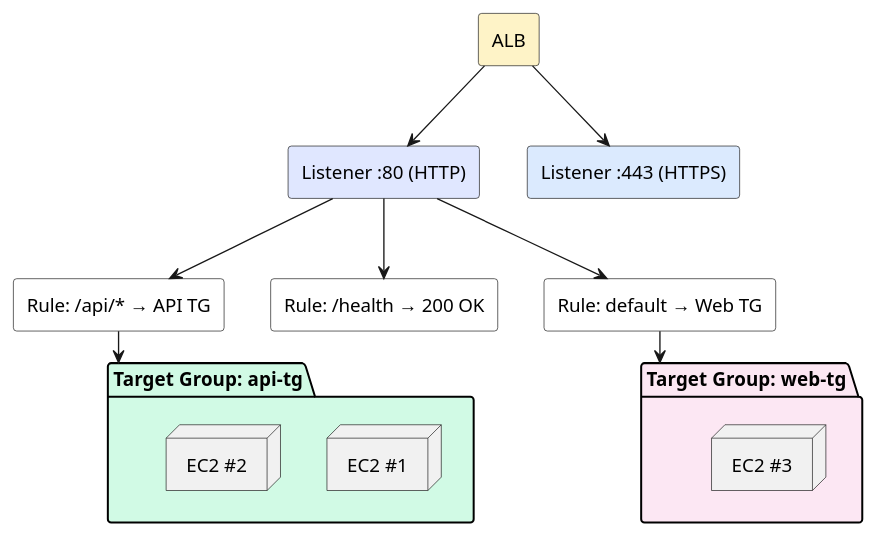
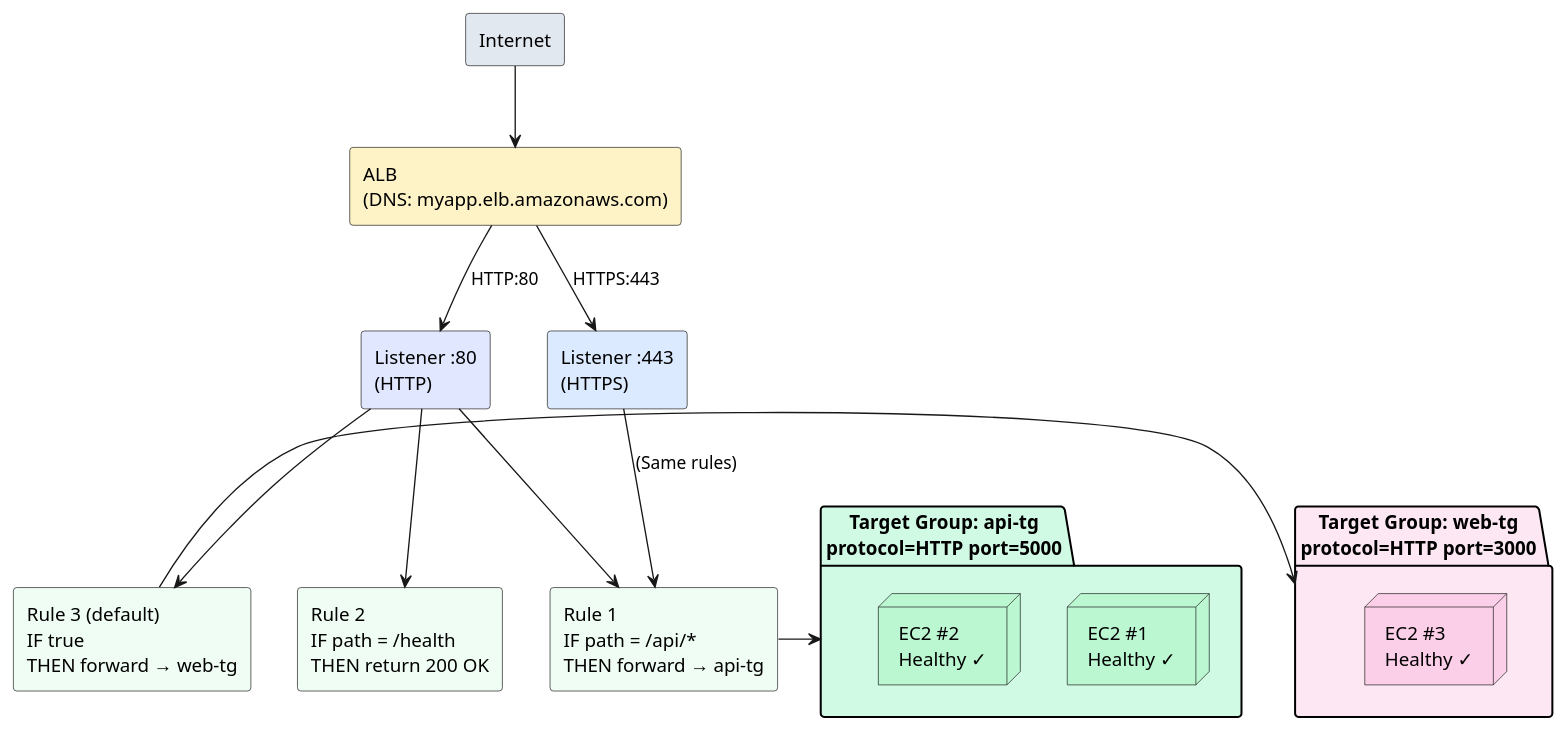
The third of 22 diagrams in content/13.aws/05.alb-asg.md (UTUBMIR/kostyl.dev), drawn with PlantUML before and after one commit. The commit also changed other lines of this file and 12 other files, not shown here.

````diff
--- a/content/13.aws/05.alb-asg.md
+++ b/content/13.aws/05.alb-asg.md
@@ -82,32 +146,39 @@
 ```plantuml
 @startuml
 skinparam style plain
 skinparam backgroundColor #ffffff
 
-rectangle "ALB" as ALB #fef3c7
+rectangle "Internet" as I #e2e8f0
 
-rectangle "Listener :80 (HTTP)" as L80 #e0e7ff
-rectangle "Listener :443 (HTTPS)" as L443 #dbeafe
+rectangle "ALB\n(DNS: myapp.elb.amazonaws.com)" as ALB #fef3c7
 
-rectangle "Rule: /api/* → API TG" as R1 #fff
-rectangle "Rule: /health → 200 OK" as R2 #fff
-rectangle "Rule: default → Web TG" as R3 #fff
+rectangle "Listener :80\n(HTTP)" as L80 #e0e7ff
+rectangle "Listener :443\n(HTTPS)" as L443 #dbeafe
 
-package "Target Group: api-tg" as APITG #d1fae5 {
-    node "EC2 #1" as A1
-    node "EC2 #2" as A2
+together {
+    rectangle "Rule 1\nIF path = /api/*\nTHEN forward → api-tg" as R1 #f0fdf4
+    rectangle "Rule 2\nIF path = /health\nTHEN return 200 OK" as R2 #f0fdf4
+    rectangle "Rule 3 (default)\nIF true\nTHEN forward → web-tg" as R3 #f0fdf4
 }
 
-package "Target Group: web-tg" as WEBTG #fce7f3 {
-    node "EC2 #3" as W1
+package "Target Group: api-tg\nprotocol=HTTP port=5000" as APITG #d1fae5 {
+    node "EC2 #1\nHealthy ✓" as A1 #bbf7d0
+    node "EC2 #2\nHealthy ✓" as A2 #bbf7d0
 }
 
-ALB -down-> L80
-ALB -down-> L443
+package "Target Group: web-tg\nprotocol=HTTP port=3000" as WEBTG #fce7f3 {
+    node "EC2 #3\nHealthy ✓" as W1 #fbcfe8
+}
+
+I --> ALB
+ALB -down-> L80 : "HTTP:80"
+ALB -down-> L443 : "HTTPS:443"
 L80 -down-> R1
 L80 -down-> R2
 L80 -down-> R3
-R1 -down-> APITG
-R3 -down-> WEBTG
+L443 -down-> R1 : "(Same rules)"
+R1 -right-> APITG
+R3 -right-> WEBTG
+
 @enduml
 ```
````
